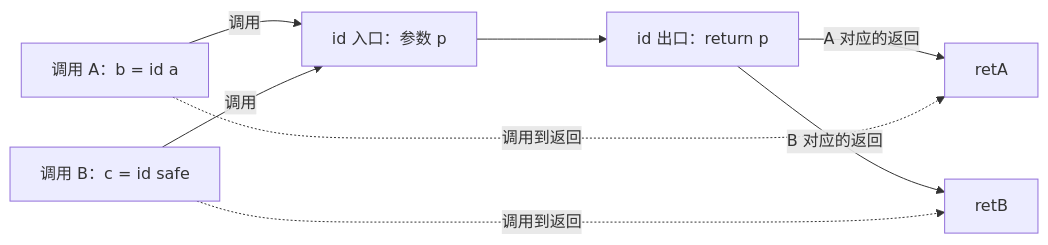
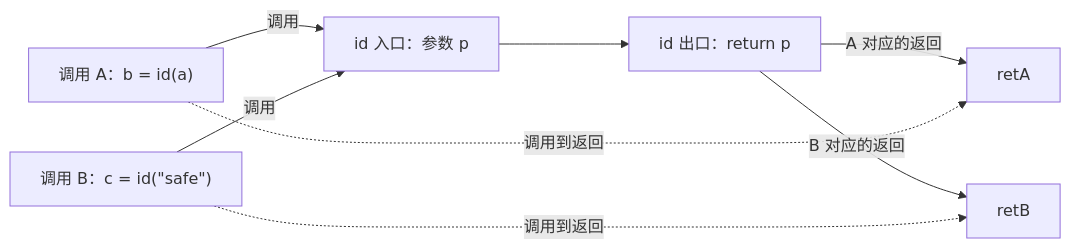
The diagram in src/static-analysis/assets/06-series-1.mmd (Scrates1/Scrates1.github.io), drawn with Mermaid before and after one commit. The commit also changed 22 other files, not shown here.

```diff
--- a/src/static-analysis/assets/06-series-1.mmd
+++ b/src/static-analysis/assets/06-series-1.mmd
@@ -1,8 +1,8 @@
 flowchart LR
-  A[调用 A：b = id a] -->|调用| E[id 入口：参数 p]
-  B[调用 B：c = id safe] -->|调用| E
+  A["调用 A：b = id(a)"] -->|调用| E[id 入口：参数 p]
+  B["调用 B：c = id(&quot;safe&quot;)"] -->|调用| E
   E --> X[id 出口：return p]
   X -->|A 对应的返回| RA[retA]
   X -->|B 对应的返回| RB[retB]
   A -.调用到返回.-> RA
   B -.调用到返回.-> RB
```
